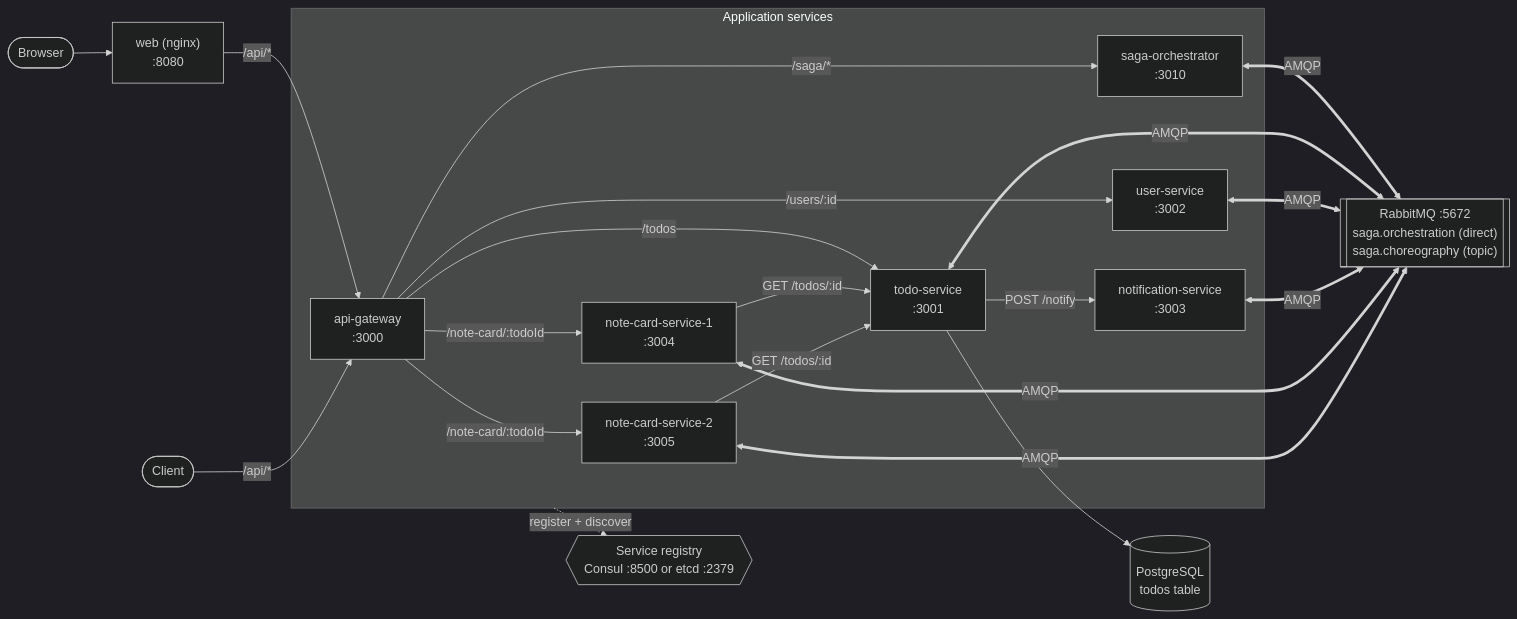
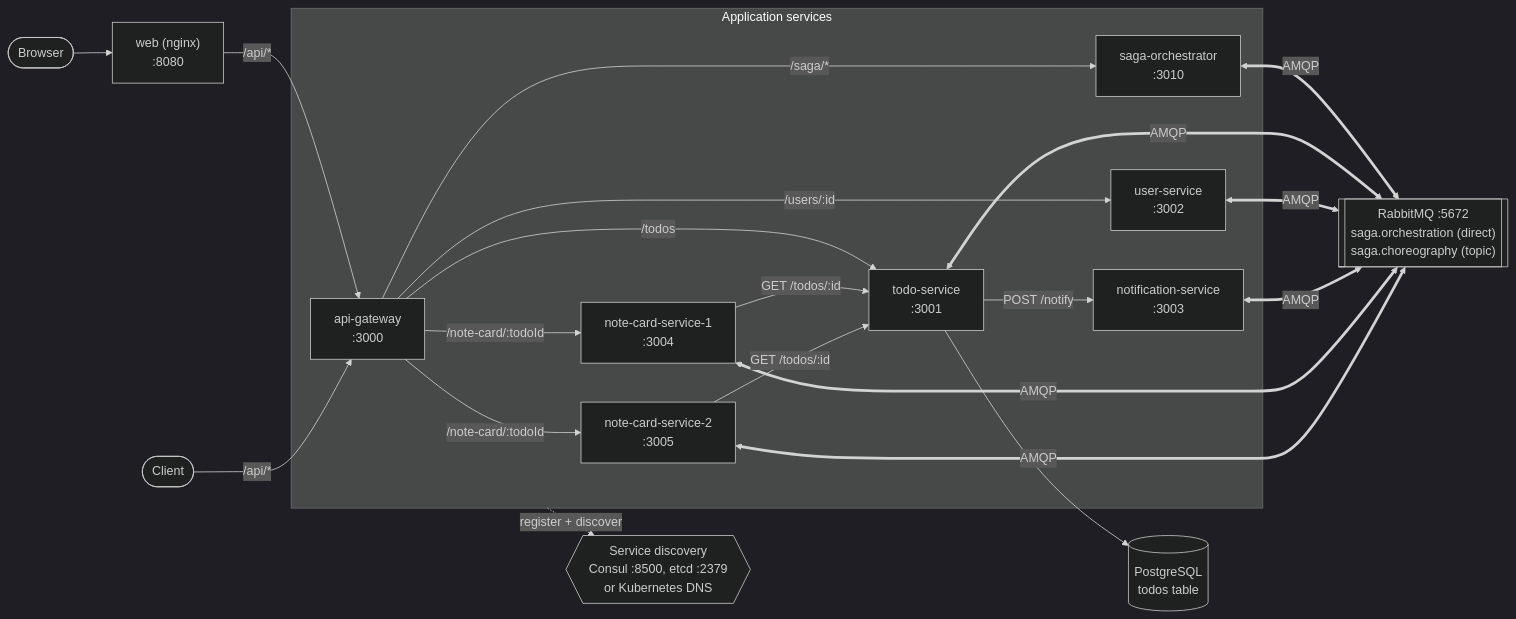
One commit to EotronRM/todo-microservices-example changed the first of 12 diagrams in docs/architecture.md. Above: the diagram before and after it, drawn with Mermaid (dark theme). The commit also changed other lines of this file, not shown here.

First line of the commit message:
Extend architecture docs with Kubernetes

````diff
--- a/docs/architecture.md
+++ b/docs/architecture.md
@@ -16,33 +16,33 @@
 ```mermaid
 flowchart LR
     client([Client])
     browser([Browser])
     web["web (nginx)<br/>:8080"]
 
     subgraph services["Application services"]
         gw["api-gateway<br/>:3000"]
         orch["saga-orchestrator<br/>:3010"]
         todo["todo-service<br/>:3001"]
         user["user-service<br/>:3002"]
         notif["notification-service<br/>:3003"]
         nc1["note-card-service-1<br/>:3004"]
         nc2["note-card-service-2<br/>:3005"]
     end
 
     pg[("PostgreSQL<br/>todos table")]
     mq[["RabbitMQ :5672<br/>saga.orchestration (direct)<br/>saga.choreography (topic)"]]
-    reg{{"Service registry<br/>Consul :8500 or etcd :2379"}}
+    reg{{"Service discovery<br/>Consul :8500, etcd :2379<br/>or Kubernetes DNS"}}
 
     browser --> web
     web -->|"/api/*"| gw
     client -->|"/api/*"| gw
     gw -->|"/todos"| todo
     gw -->|"/users/:id"| user
     gw -->|"/note-card/:todoId"| nc1 & nc2
     gw -->|"/saga/*"| orch
     todo -->|"POST /notify"| notif
     nc1 & nc2 -->|"GET /todos/:id"| todo
     todo --> pg
     orch & todo & user & notif & nc1 & nc2 <==>|AMQP| mq
     services -.->|"register + discover"| reg
 ```
````
